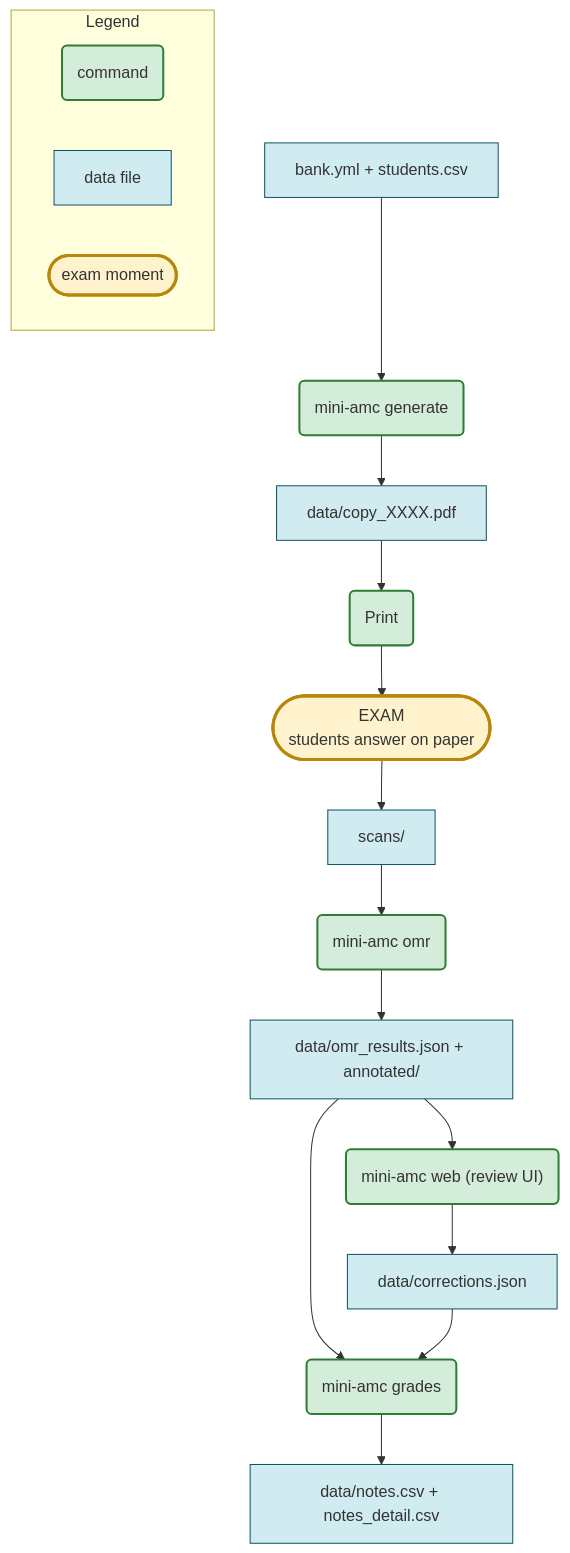
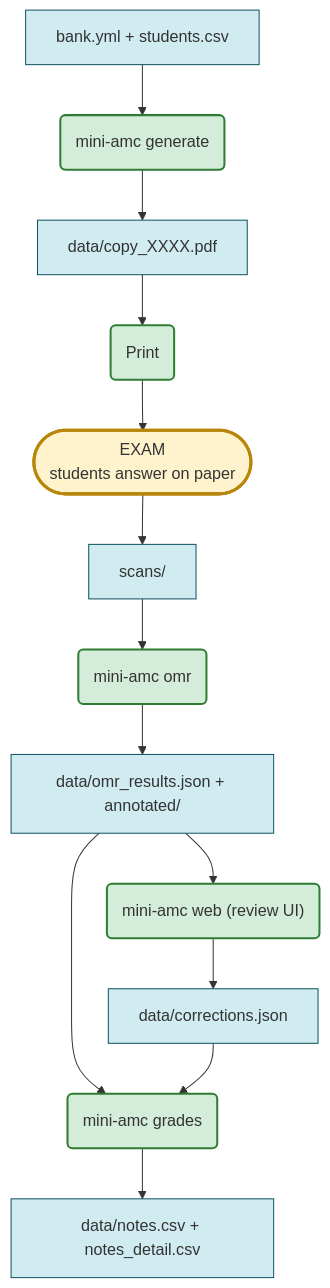
The diagram in README.md (boileaum/mini-amc), drawn with Mermaid before and after one commit. The commit also changed other lines of this file and 1 other file, not shown here.

Commit message:
README: drop the Mermaid legend sub-graph
Generated by Mistral Vibe.

````diff
--- a/README.md
+++ b/README.md
@@ -35,27 +34,20 @@
 ```mermaid
 flowchart TD
   classDef exam fill:#fff3cd,stroke:#b8860b,stroke-width:3px
   classDef tool fill:#d4edda,stroke:#2e7d32,stroke-width:2px
   classDef data fill:#d1ecf1,stroke:#0c5460
 
   bank["bank.yml + students.csv"]:::data
   bank --> gen("mini-amc generate"):::tool
   gen --> pdf["data/copy_XXXX.pdf"]:::data
   pdf --> print("Print"):::tool
   print --> exam(["EXAM<br/>students answer on paper"]):::exam
   exam --> scans["scans/"]:::data
   scans --> omr("mini-amc omr"):::tool
   omr --> res["data/omr_results.json + annotated/"]:::data
   res --> web("mini-amc web (review UI)"):::tool
   res --> grades("mini-amc grades"):::tool
   web --> corr["data/corrections.json"]:::data
   corr --> grades
   grades --> notes["data/notes.csv + notes_detail.csv"]:::data
-
-  subgraph legend["Legend"]
-    direction LR
-    lt("command"):::tool
-    ld["data file"]:::data
-    le(["exam moment"]):::exam
-  end
 ```
````
